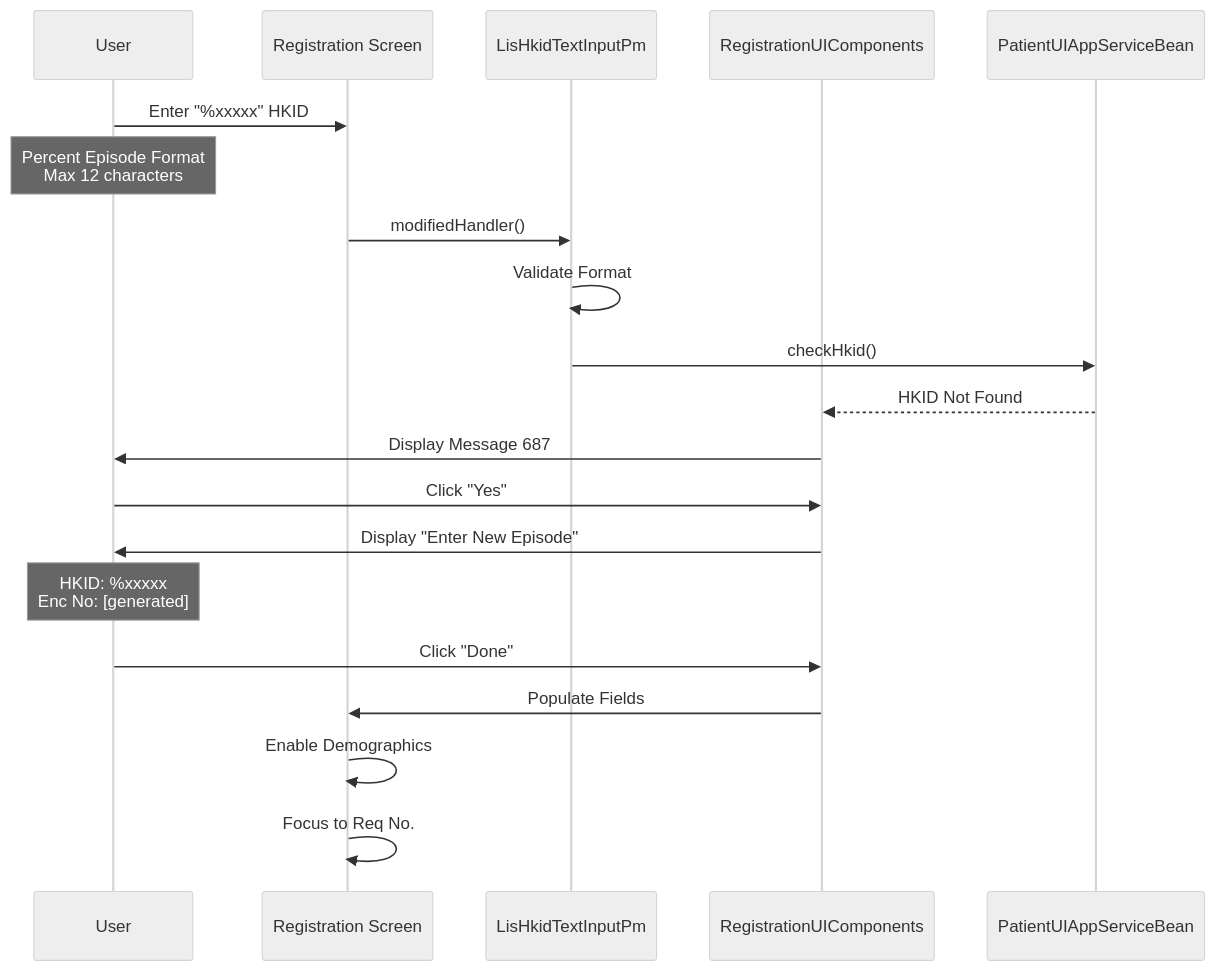
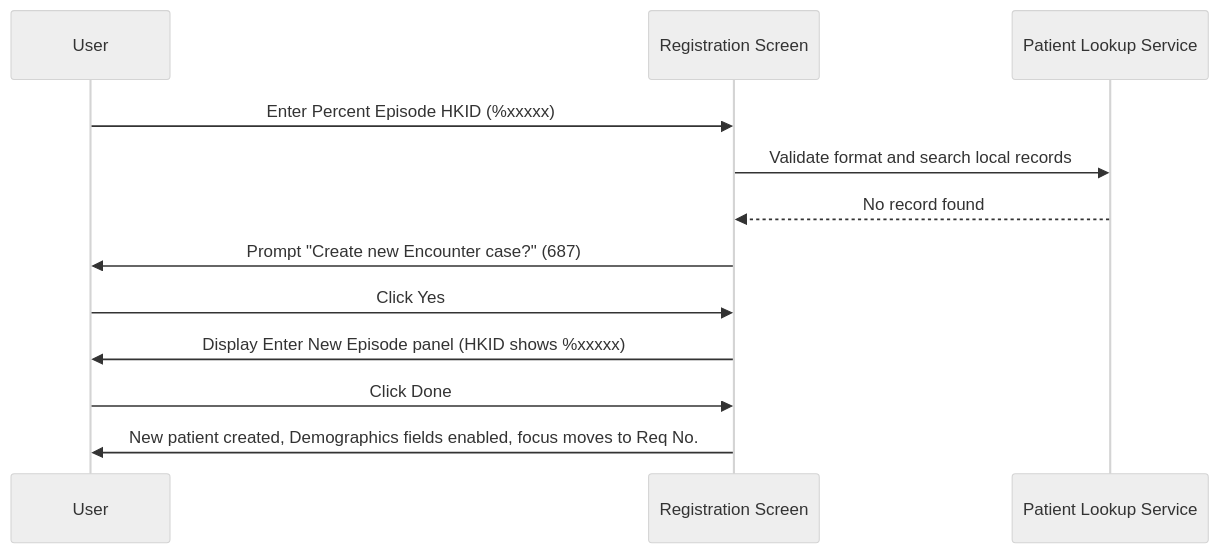
The fourth of 4 diagrams in Knowledge Base/01_Screens/Registration/Workflows/Create New Patient by HKID.md (DragonChong/HA-Notes), drawn with Mermaid (neutral theme) before and after one commit. The commit also changed other lines of this file, not shown here.

````diff
--- a/Knowledge Base/01_Screens/Registration/Workflows/Create New Patient by HKID.md
+++ b/Knowledge Base/01_Screens/Registration/Workflows/Create New Patient by HKID.md
@@ -359,23 +198,11 @@
 ```mermaid
 sequenceDiagram
-    participant User
-    participant RegScreen as Registration Screen
-    participant HkidPm as LisHkidTextInputPm
-    participant RegUIComp as RegistrationUIComponents
-    participant Backend as PatientUIAppServiceBean
-    
-    User->>RegScreen: Enter "%xxxxx" HKID
-    Note over User: Percent Episode Format<br/>Max 12 characters
-    RegScreen->>HkidPm: modifiedHandler()
-    HkidPm->>HkidPm: Validate Format
-    HkidPm->>Backend: checkHkid()
-    Backend-->>RegUIComp: HKID Not Found
-    RegUIComp->>User: Display Message 687
-    User->>RegUIComp: Click "Yes"
-    RegUIComp->>User: Display "Enter New Episode"
-    Note over User: HKID: %xxxxx<br/>Enc No: [generated]
-    User->>RegUIComp: Click "Done"
-    RegUIComp->>RegScreen: Populate Fields
-    RegScreen->>RegScreen: Enable Demographics
-    RegScreen->>RegScreen: Focus to Req No.
+    User->>Registration Screen: Enter Percent Episode HKID (%xxxxx)
+    Registration Screen->>Patient Lookup Service: Validate format and search local records
+    Patient Lookup Service-->>Registration Screen: No record found
+    Registration Screen->>User: Prompt "Create new Encounter case?" (687)
+    User->>Registration Screen: Click Yes
+    Registration Screen->>User: Display Enter New Episode panel (HKID shows %xxxxx)
+    User->>Registration Screen: Click Done
+    Registration Screen->>User: New patient created, Demographics fields enabled, focus moves to Req No.
 ```
````
